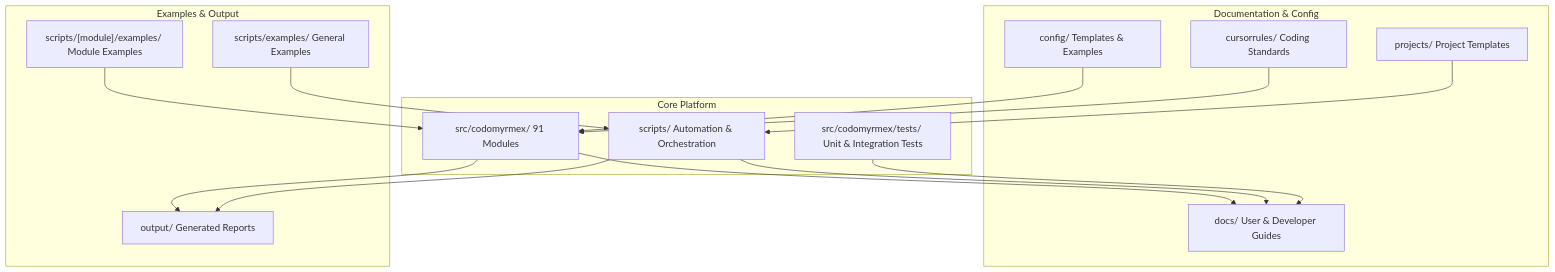
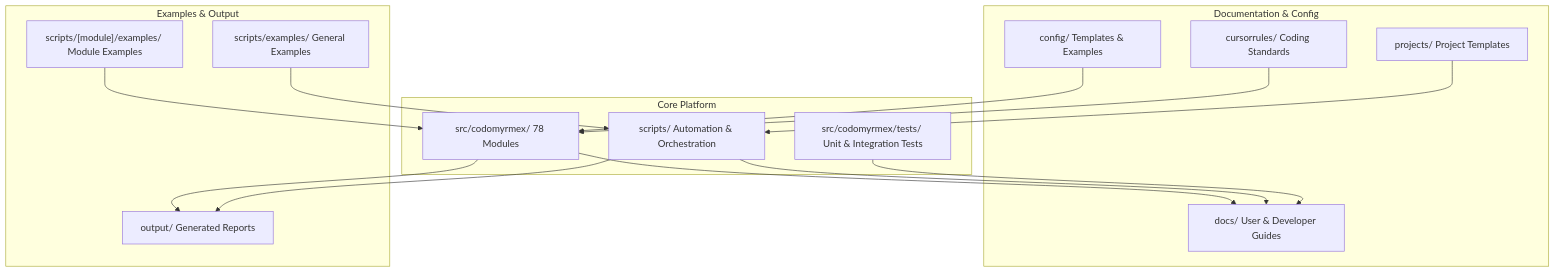
Before and after one commit to docxology/codomyrmex: the seventh of 12 diagrams in README.md, drawn with Mermaid. The commit also changed other lines of this file and 3909 other files, not shown here.

````diff
--- a/README.md
+++ b/README.md
@@ -1030,32 +1030,32 @@
 ```mermaid
 graph TD
     subgraph corePlatform ["Core Platform"]
-        CoreSrc["src/codomyrmex/ 91 Modules"]
+        CoreSrc["src/codomyrmex/ 78 Modules"]
         CoreScripts["scripts/ Automation & Orchestration"]
         CoreTests["src/codomyrmex/tests/ Unit & Integration Tests"]
     end
 
     subgraph docsConfig ["Documentation & Config"]
         Docs["docs/ User & Developer Guides"]
         Config["config/ Templates & Examples"]
         Rules["cursorrules/ Coding Standards"]
         Projects["projects/ Project Templates"]
     end
 
     subgraph examplesOutput ["Examples & Output"]
         ModuleExamples["scripts/[module]/examples/ Module Examples"]
         Output["output/ Generated Reports"]
         ScriptsExamples["scripts/examples/ General Examples"]
     end
 
     CoreSrc --> Docs
     CoreScripts --> Docs
     CoreTests --> Docs
     Config --> CoreSrc
     Rules --> CoreSrc
     Projects --> CoreScripts
     ModuleExamples --> CoreSrc
     ScriptsExamples --> CoreScripts
     CoreSrc --> Output
     CoreScripts --> Output
 ```
````
